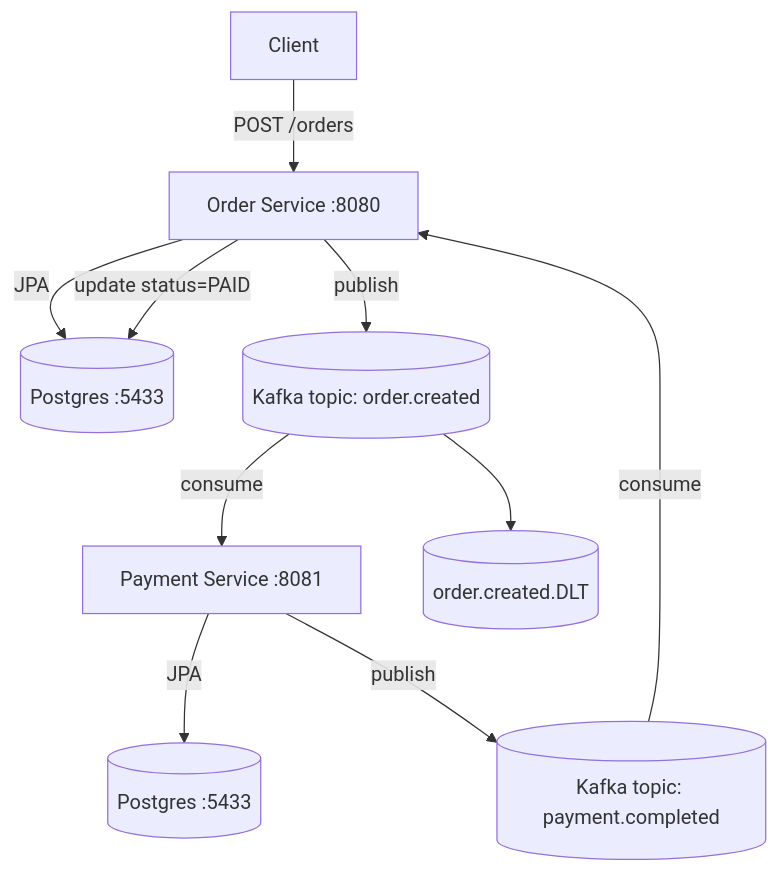
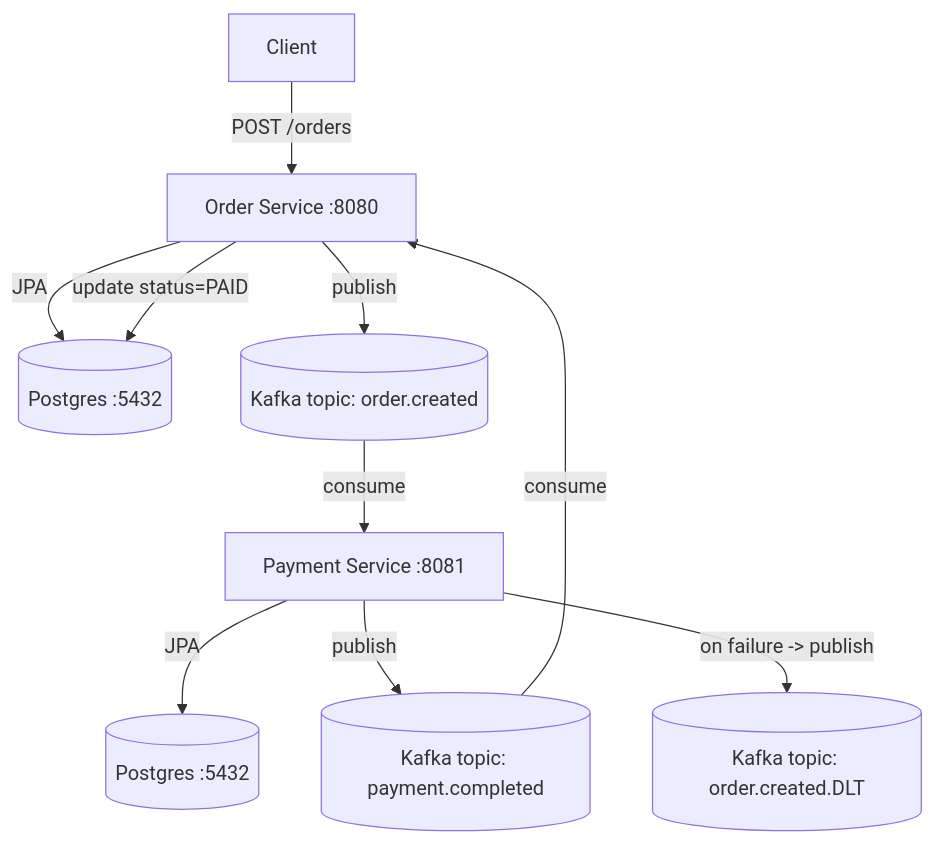
Before and after one commit to sud018/event-driven-order-platform: the diagram in README.md, drawn with Mermaid.

````diff
--- a/README.md
+++ b/README.md
@@ -17,15 +17,17 @@
 ```mermaid
-graph TD;
-Client -->|POST /orders| OrderSvc[Order Service :8080]
-OrderSvc -->|JPA| OrdersDB[(Postgres :5433)]
-OrderSvc -->|publish| OC[(Kafka topic: order.created)]
+flowchart TD
+  Client -->|POST /orders| OrderSvc[Order Service :8080]
+  OrderSvc -->|JPA| OrdersDB[(Postgres :5432)]
+  OrderSvc -->|publish| OC[(Kafka topic: order.created)]
 
-OC -->|consume| PaySvc[Payment Service :8081]
-PaySvc -->|JPA| PayDB[(Postgres :5433)]
-PaySvc -->|publish| PC[(Kafka topic: payment.completed)]
+  OC -->|consume| PaySvc[Payment Service :8081]
+  PaySvc -->|JPA| PayDB[(Postgres :5432)]
+  PaySvc -->|publish| PC[(Kafka topic: payment.completed)]
 
-PC -->|consume| OrderSvc
-OrderSvc -->|update status=PAID| OrdersDB
+  PC -->|consume| OrderSvc
+  OrderSvc -->|update status=PAID| OrdersDB
 
-OC --> DLT[(order.created.DLT)]
+  %% DLT is published by Payment Service error handler
+  PaySvc -->|on failure -> publish| DLT[(Kafka topic: order.created.DLT)]
+
 ```
````
